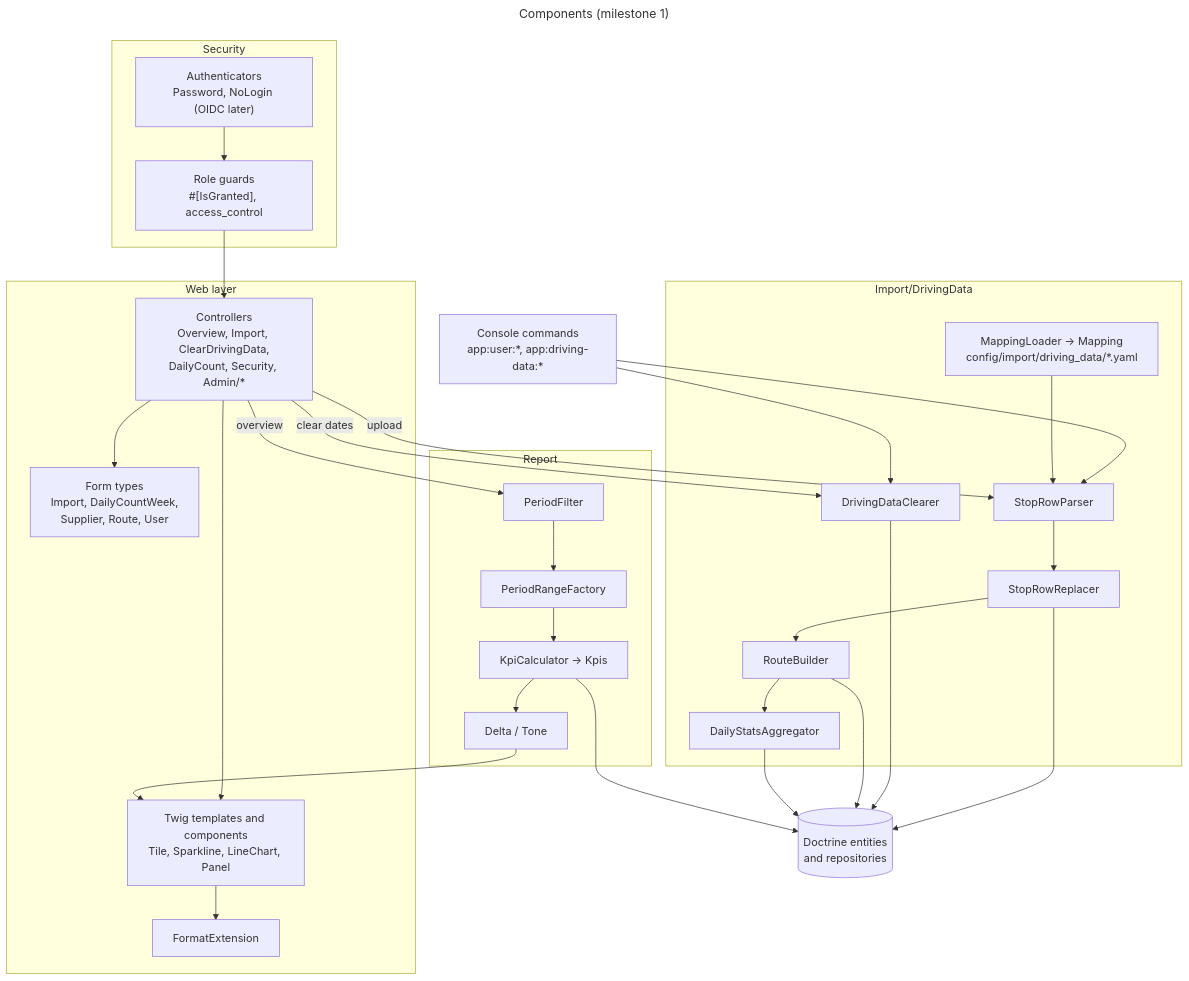
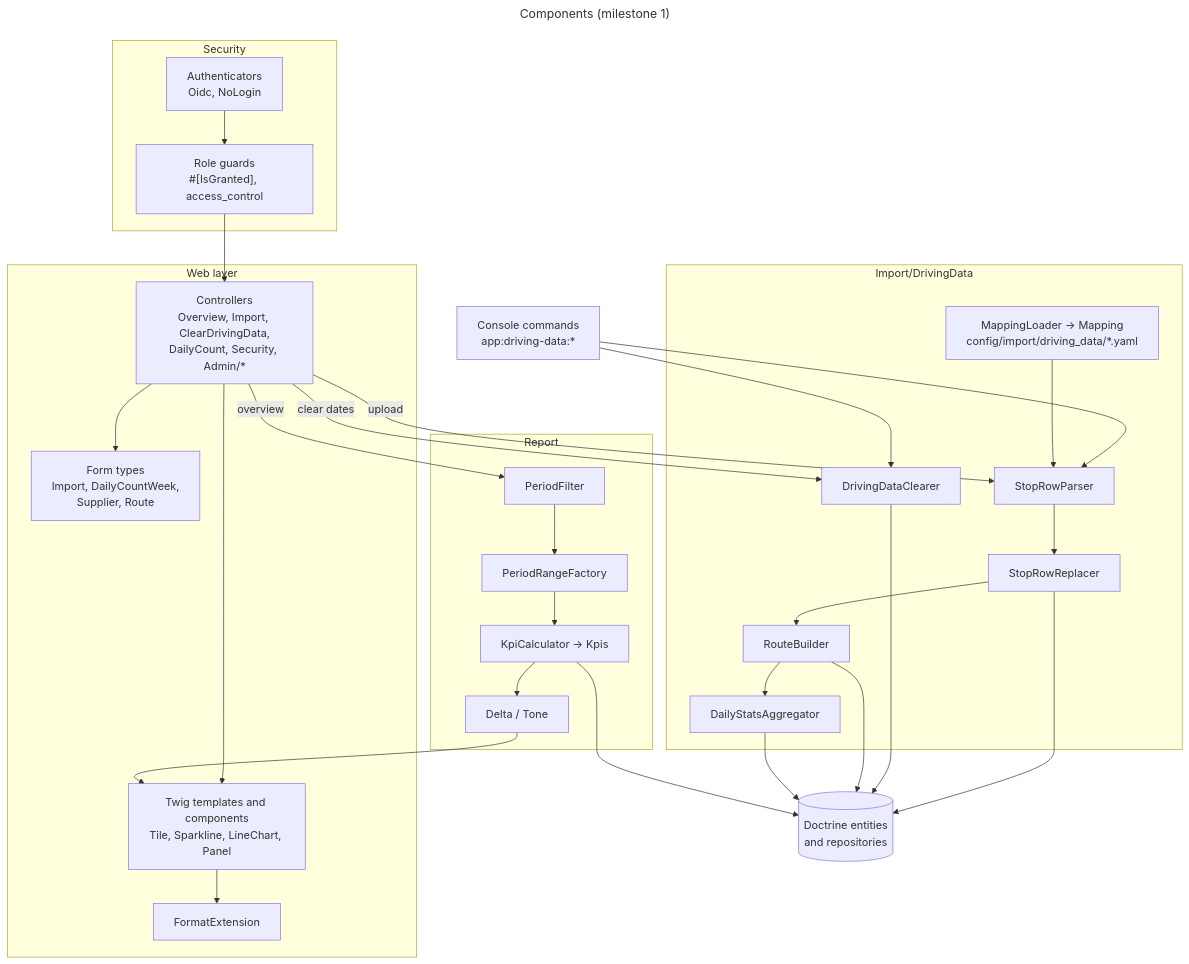
The diagram in docs/diagrams/components.mmd (itk-dev/koerselsoverblik), drawn with Mermaid before and after one commit. The commit also changed 13 other files, not shown here.

Commit message:
docs: replace password login with OIDC login

```diff
--- a/docs/diagrams/components.mmd
+++ b/docs/diagrams/components.mmd
@@ -1,55 +1,55 @@
 ---
 title: Components (milestone 1)
 ---
 flowchart TB
     subgraph web["Web layer"]
         controllers["Controllers<br/>Overview, Import, ClearDrivingData,<br/>DailyCount, Security, Admin/*"]
-        forms["Form types<br/>Import, DailyCountWeek,<br/>Supplier, Route, User"]
+        forms["Form types<br/>Import, DailyCountWeek,<br/>Supplier, Route"]
         twig["Twig templates and components<br/>Tile, Sparkline, LineChart, Panel"]
         format["FormatExtension"]
     end
 
     subgraph security["Security"]
-        authenticators["Authenticators<br/>Password, NoLogin (OIDC later)"]
+        authenticators["Authenticators<br/>Oidc, NoLogin"]
         guards["Role guards<br/>#[IsGranted], access_control"]
     end
 
     subgraph import["Import/DrivingData"]
         mapping["MappingLoader → Mapping<br/>config/import/driving_data/*.yaml"]
         parser["StopRowParser"]
         replacer["StopRowReplacer"]
         builder["RouteBuilder"]
         aggregator["DailyStatsAggregator"]
         clearer["DrivingDataClearer"]
     end
 
     subgraph report["Report"]
         filter["PeriodFilter"]
         periods["PeriodRangeFactory"]
         kpi["KpiCalculator → Kpis"]
         delta["Delta / Tone"]
     end
 
-    commands["Console commands<br/>app:user:*, app:driving-data:*"]
+    commands["Console commands<br/>app:driving-data:*"]
     repositories[("Doctrine entities<br/>and repositories")]
 
     controllers --> forms
     controllers --> twig
     twig --> format
     guards --> controllers
     authenticators --> guards
 
     controllers -- "upload" --> parser
     commands --> parser
     mapping --> parser
     parser --> replacer --> builder --> aggregator
     replacer --> repositories
     controllers -- "clear dates" --> clearer
     commands --> clearer
     clearer --> repositories
     builder --> repositories
     aggregator --> repositories
 
     controllers -- "overview" --> filter --> periods --> kpi
     kpi --> repositories
     kpi --> delta --> twig
```
